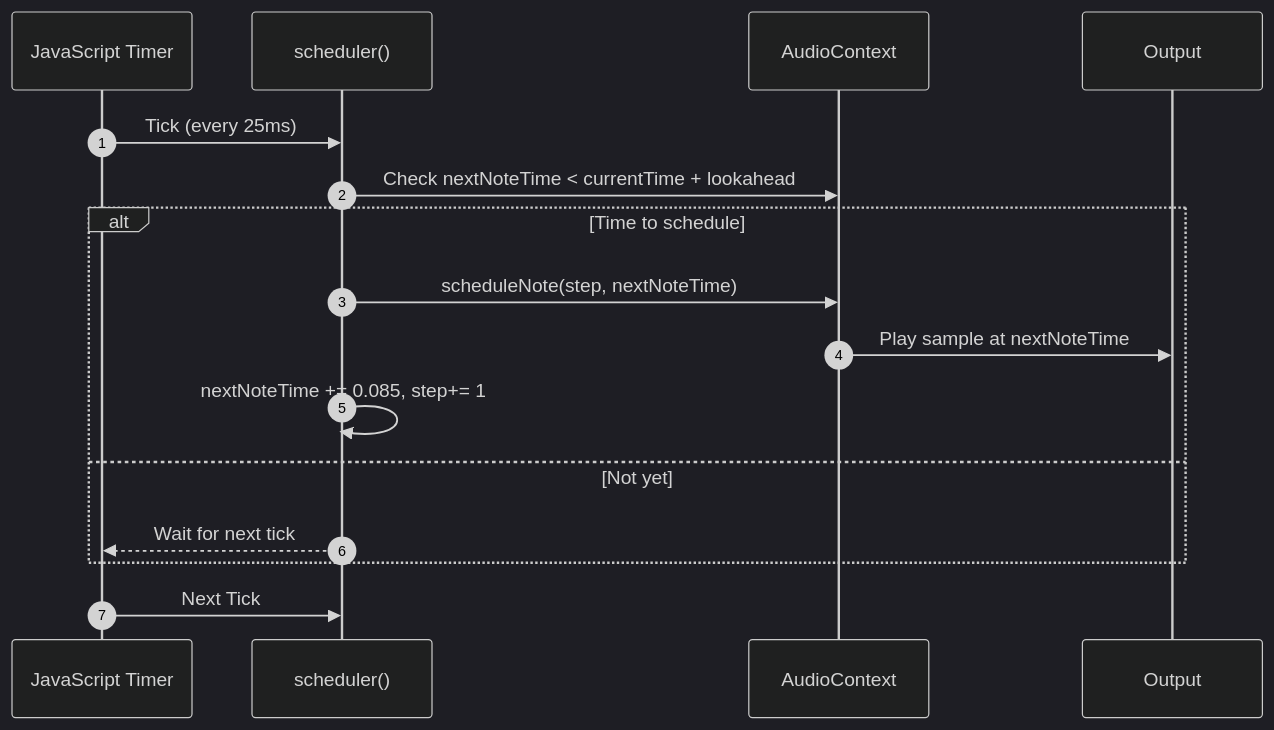
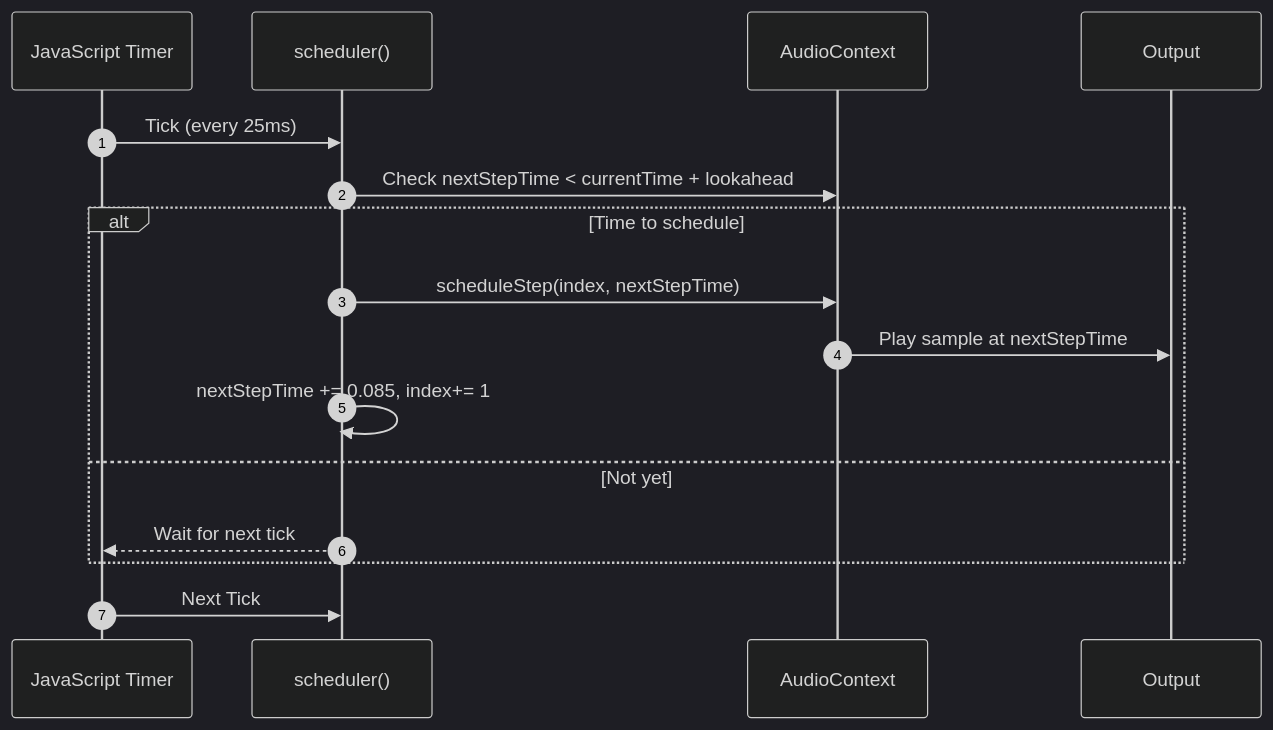
One commit to Babali42/JavascriptMakesNoiseInRhythm changed the diagram in slides.md. Above: the diagram before and after it, drawn with Mermaid (dark theme). The commit also changed other lines of this file, not shown here.

````diff
--- a/slides.md
+++ b/slides.md
@@ -254,19 +267,19 @@
 ```mermaid
 sequenceDiagram
     autonumber
     participant JS as JavaScript Timer
     participant Scheduler as scheduler()
     participant Audio as AudioContext
     participant Speaker as Output
     
     JS->>Scheduler: Tick (every 25ms)
-    Scheduler->>Audio: Check nextNoteTime < currentTime + lookahead
+    Scheduler->>Audio: Check nextStepTime < currentTime + lookahead
     alt Time to schedule
-        Scheduler->>Audio: scheduleNote(step, nextNoteTime)
-        Audio->>Speaker: Play sample at nextNoteTime
-        Scheduler->>Scheduler: nextNoteTime += 0.085,    step+= 1
+        Scheduler->>Audio: scheduleStep(index, nextStepTime)
+        Audio->>Speaker: Play sample at nextStepTime
+        Scheduler->>Scheduler: nextStepTime += 0.085,    index+= 1
     else Not yet
         Scheduler-->>JS: Wait for next tick
     end
     JS->>Scheduler: Next Tick
 ```
````
